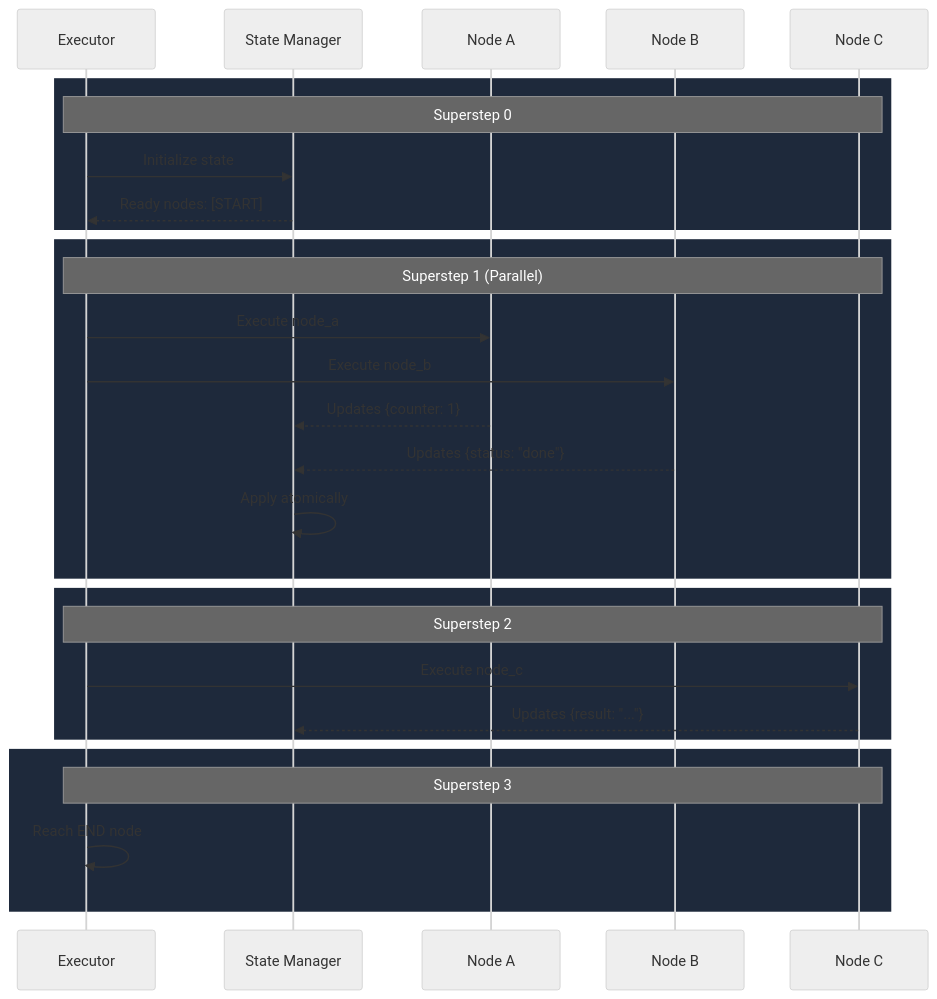
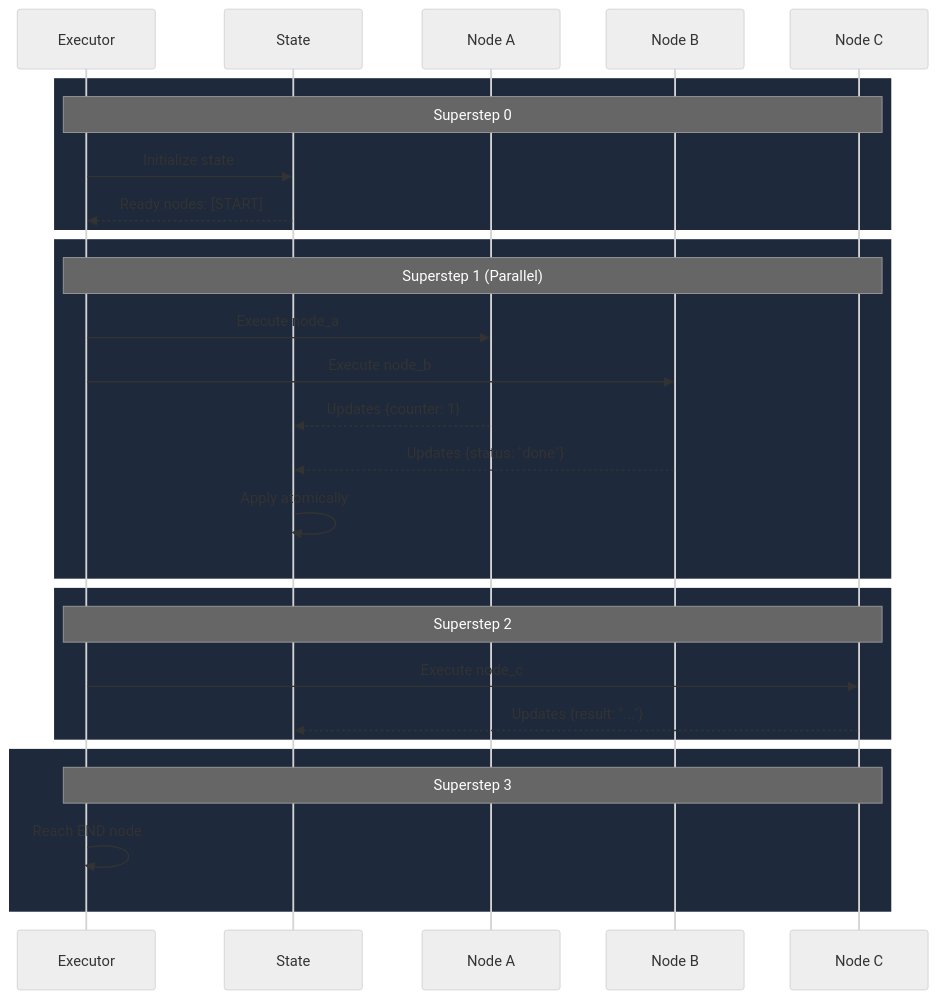
The third of 3 diagrams in docs/core-concepts.md (hupe1980/agentmesh), drawn with Mermaid (neutral theme) before and after one commit. The commit also changed other lines of this file and 199 other files, not shown here.

```diff
--- a/docs/core-concepts.md
+++ b/docs/core-concepts.md
@@ -404,34 +351,34 @@
 <div class="mermaid">
 sequenceDiagram
     participant E as Executor
-    participant S as State Manager
+    participant S as State
     participant N1 as Node A
     participant N2 as Node B
     participant N3 as Node C
 
     rect rgb(30, 41, 59)
     Note over E,N3: Superstep 0
     E->>S: Initialize state
     S-->>E: Ready nodes: [START]
     end
 
     rect rgb(30, 41, 59)
     Note over E,N3: Superstep 1 (Parallel)
     E->>N1: Execute node_a
     E->>N2: Execute node_b
     N1-->>S: Updates {counter: 1}
     N2-->>S: Updates {status: "done"}
     S->>S: Apply atomically
     end
 
     rect rgb(30, 41, 59)
     Note over E,N3: Superstep 2
     E->>N3: Execute node_c
     N3-->>S: Updates {result: "..."}
     end
 
     rect rgb(30, 41, 59)
     Note over E,N3: Superstep 3
     E->>E: Reach END node
     end
 </div>
```
